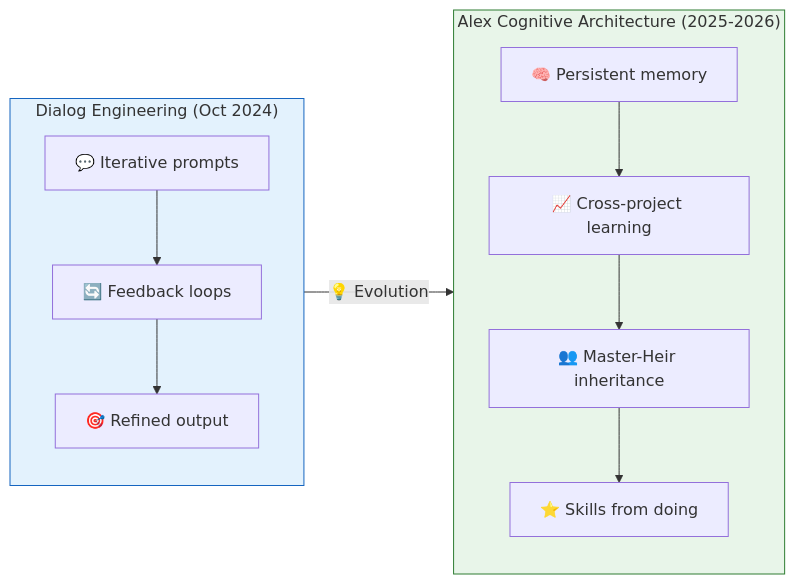
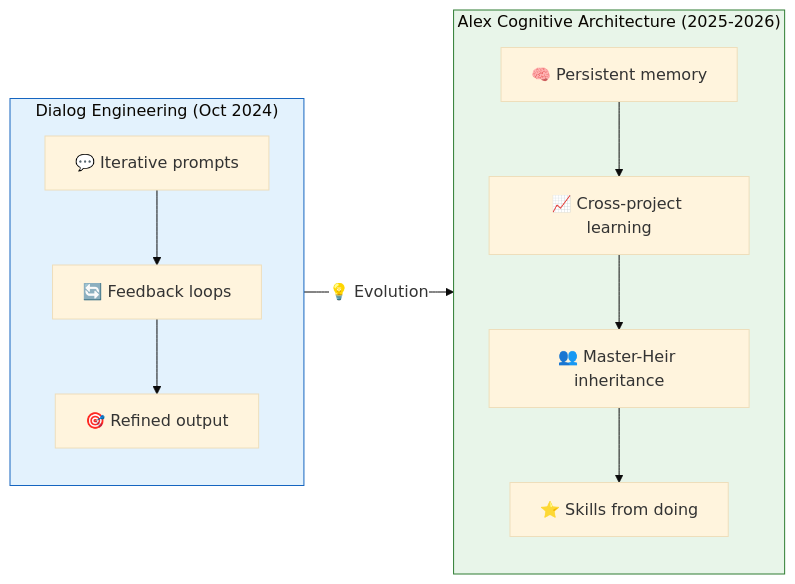
Before and after one commit to fabioc-aloha/Alex_Plug_In: the first of 17 diagrams in alex_docs/AI-ASSISTED-DEVELOPMENT-METHODOLOGY.md, drawn with Mermaid. The commit also changed other lines of this file, not shown here.

First line of the commit message:
fix: set white background for Mermaid arrow labels

````diff
--- a/alex_docs/AI-ASSISTED-DEVELOPMENT-METHODOLOGY.md
+++ b/alex_docs/AI-ASSISTED-DEVELOPMENT-METHODOLOGY.md
@@ -47,15 +47,16 @@
 ```mermaid
+%%{init: {'theme': 'base', 'themeVariables': { 'edgeLabelBackground': '#ffffff'}}}%%
 flowchart LR
     subgraph DE["Dialog Engineering (Oct 2024)"]
         D1["💬 Iterative prompts"] --> D2["🔄 Feedback loops"] --> D3["🎯 Refined output"]
     end
 
     subgraph Alex["Alex Cognitive Architecture (2025-2026)"]
         A1["🧠 Persistent memory"] --> A2["📈 Cross-project learning"] --> A3["👥 Master-Heir inheritance"] --> A4["⭐ Skills from doing"]
     end
 
     DE -->|"💡 Evolution"| Alex
 
     style DE fill:#e3f2fd,stroke:#1565c0
     style Alex fill:#e8f5e9,stroke:#2e7d32
 ```
````
